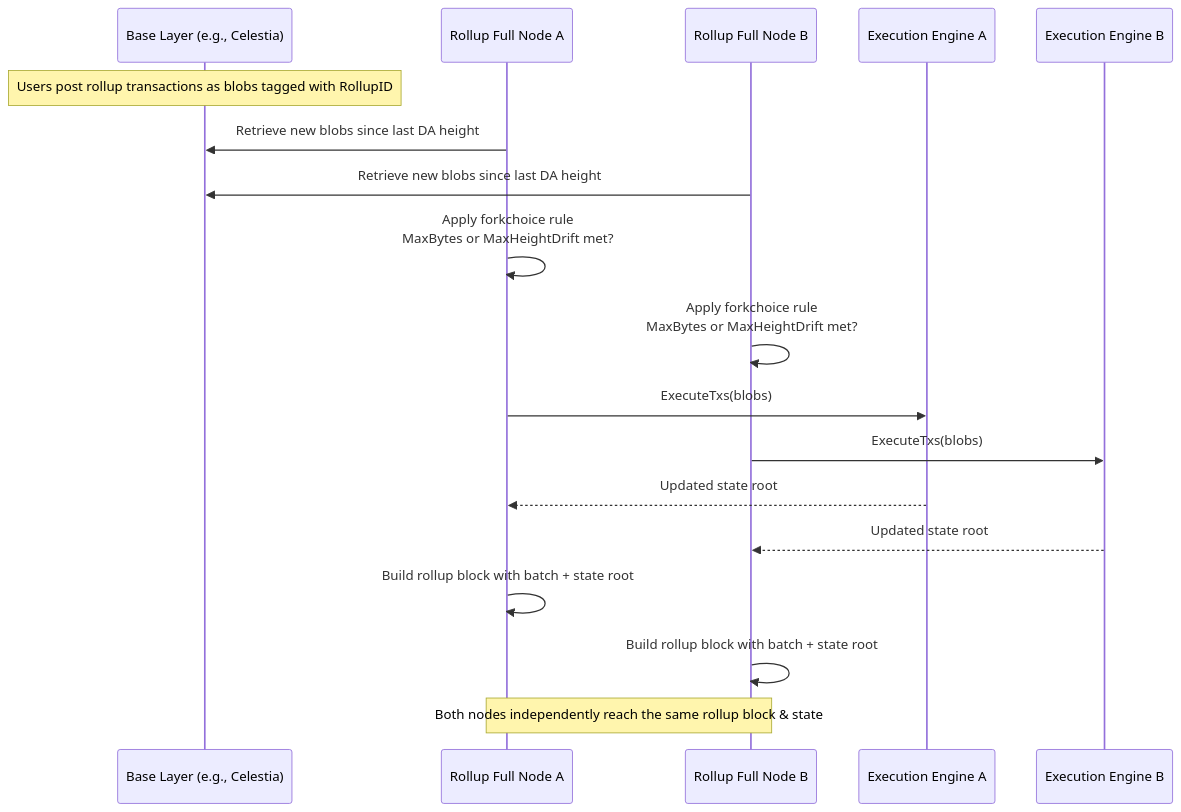
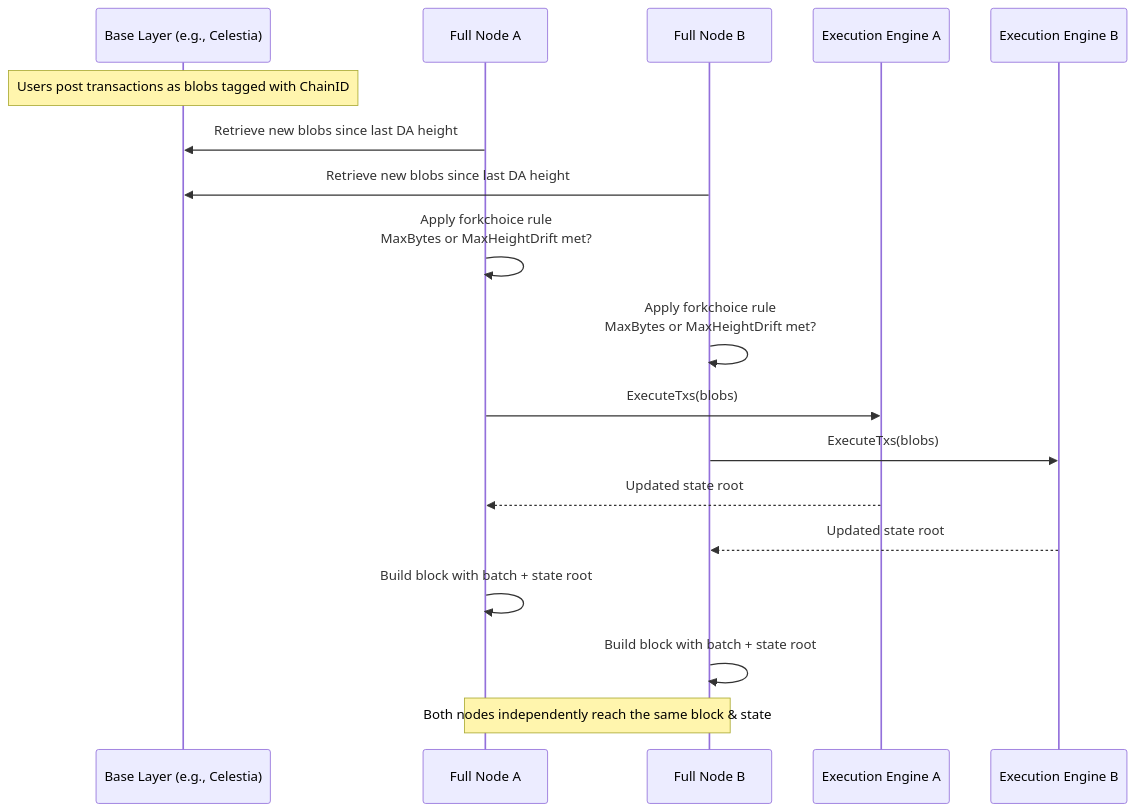
Before and after one commit to rollkit/rollkit: the first of 2 diagrams in specs/lazy-adr/adr-012-based-sequencing.md, drawn with Mermaid. The commit also changed other lines of this file and 27 other files, not shown here.

````diff
--- a/specs/lazy-adr/adr-012-based-sequencing.md
+++ b/specs/lazy-adr/adr-012-based-sequencing.md
@@ -65,27 +65,27 @@
 ```mermaid
 sequenceDiagram
     participant L1 as Base Layer (e.g., Celestia)
-    participant NodeA as Rollup Full Node A
-    participant NodeB as Rollup Full Node B
+    participant NodeA as Full Node A
+    participant NodeB as Full Node B
     participant ExecA as Execution Engine A
     participant ExecB as Execution Engine B
 
-    Note over L1: Users post rollup transactions as blobs tagged with RollupID
+    Note over L1: Users post transactions as blobs tagged with ChainID
 
     NodeA->>L1: Retrieve new blobs since last DA height
     NodeB->>L1: Retrieve new blobs since last DA height
 
     NodeA->>NodeA: Apply forkchoice rule<br/>MaxBytes or MaxHeightDrift met?
     NodeB->>NodeB: Apply forkchoice rule<br/>MaxBytes or MaxHeightDrift met?
 
     NodeA->>ExecA: ExecuteTxs(blobs)
     NodeB->>ExecB: ExecuteTxs(blobs)
 
     ExecA-->>NodeA: Updated state root
     ExecB-->>NodeB: Updated state root
 
-    NodeA->>NodeA: Build rollup block with batch + state root
-    NodeB->>NodeB: Build rollup block with batch + state root
+    NodeA->>NodeA: Build block with batch + state root
+    NodeB->>NodeB: Build block with batch + state root
 
-    Note over NodeA, NodeB: Both nodes independently reach the same rollup block & state
+    Note over NodeA, NodeB: Both nodes independently reach the same block & state
 ```
````
